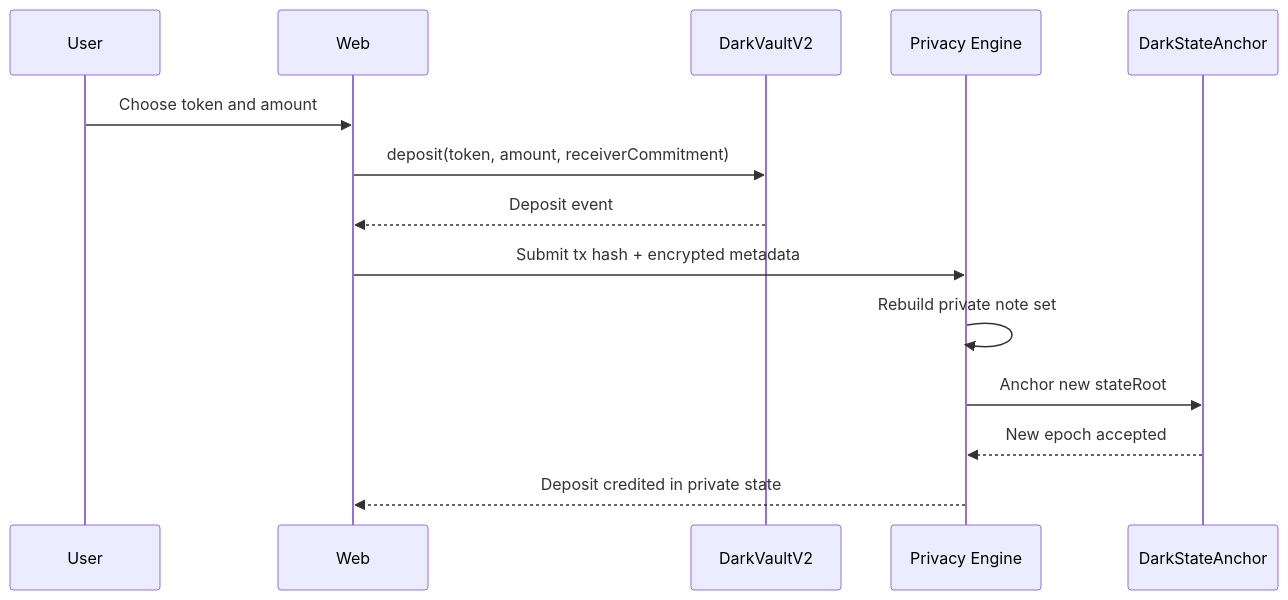
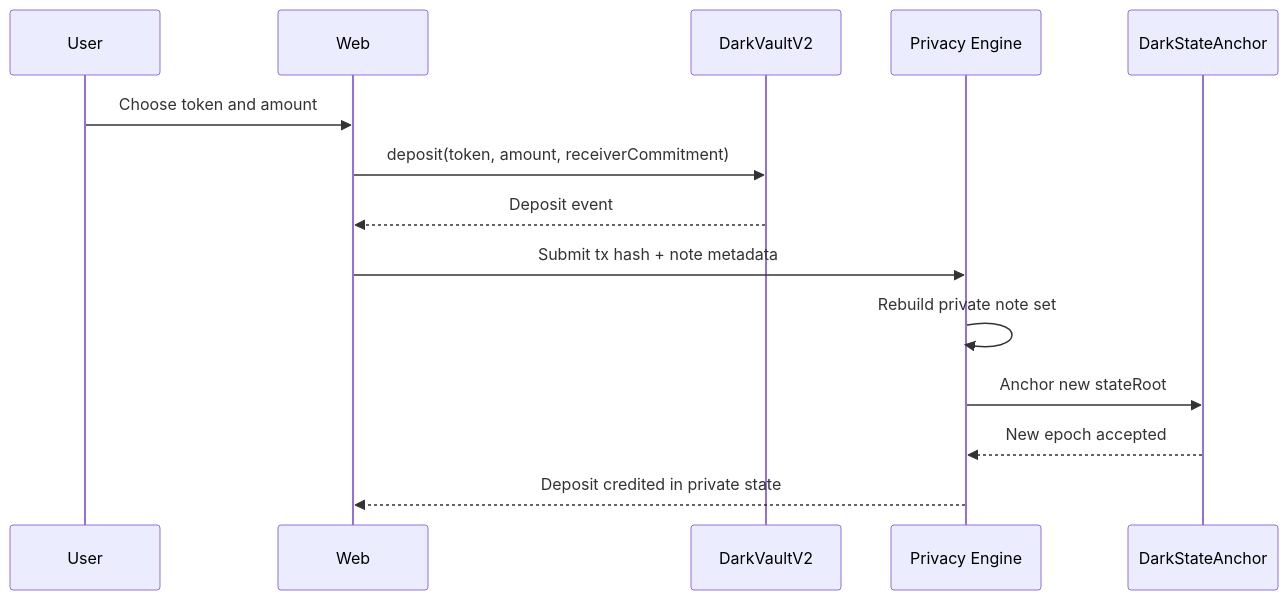
One commit to rofergon/Sinergy-project changed the second of 5 diagrams in docs/privacy-engine-design.md. Above: the diagram before and after it, drawn with Mermaid. The commit also changed other lines of this file, not shown here.

Commit message:
feat: enhance privacy engine design with detailed architecture updates and proof-backed withdrawal improvements

````diff
--- a/docs/privacy-engine-design.md
+++ b/docs/privacy-engine-design.md
@@ -207,17 +219,17 @@
 ```mermaid
 sequenceDiagram
     participant U as User
     participant W as Web
     participant V as DarkVaultV2
     participant P as Privacy Engine
     participant A as DarkStateAnchor
 
     U->>W: Choose token and amount
     W->>V: deposit(token, amount, receiverCommitment)
     V-->>W: Deposit event
-    W->>P: Submit tx hash + encrypted metadata
+    W->>P: Submit tx hash + note metadata
     P->>P: Rebuild private note set
     P->>A: Anchor new stateRoot
     A-->>P: New epoch accepted
     P-->>W: Deposit credited in private state
 ```
````
